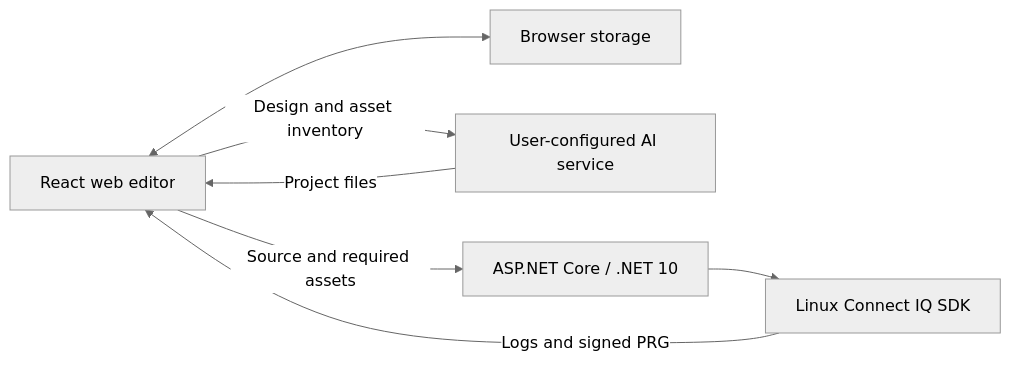
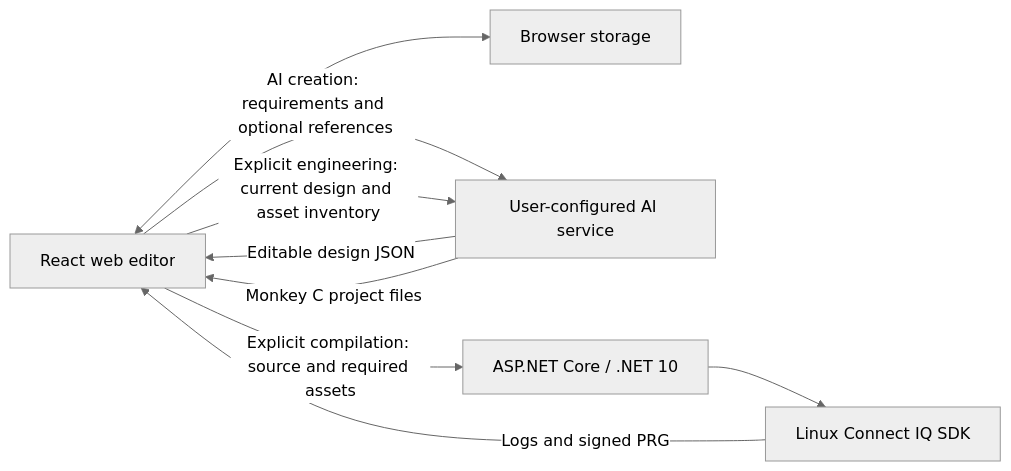
One commit to yusger/GarminFaceCreator changed the diagram in README.en.md. Above: the diagram before and after it, drawn with Mermaid (neutral theme). The commit also changed other lines of this file and 1 other file, not shown here.

Commit message:
Update bilingual READMEs for AI design creation and staged engineering workflow

````diff
--- a/README.en.md
+++ b/README.en.md
@@ -63,9 +93,11 @@
 ```mermaid
 flowchart LR
     Browser[React web editor] <--> Local[Browser storage]
-    Browser -->|Design and asset inventory| AI[User-configured AI service]
-    AI -->|Project files| Browser
-    Browser -->|Source and required assets| API[ASP.NET Core / .NET 10]
+    Browser -->|AI creation: requirements and optional references| AI[User-configured AI service]
+    AI -->|Editable design JSON| Browser
+    Browser -->|Explicit engineering: current design and asset inventory| AI
+    AI -->|Monkey C project files| Browser
+    Browser -->|Explicit compilation: source and required assets| API[ASP.NET Core / .NET 10]
     API --> SDK[Linux Connect IQ SDK]
     SDK -->|Logs and signed PRG| Browser
 ```
````
